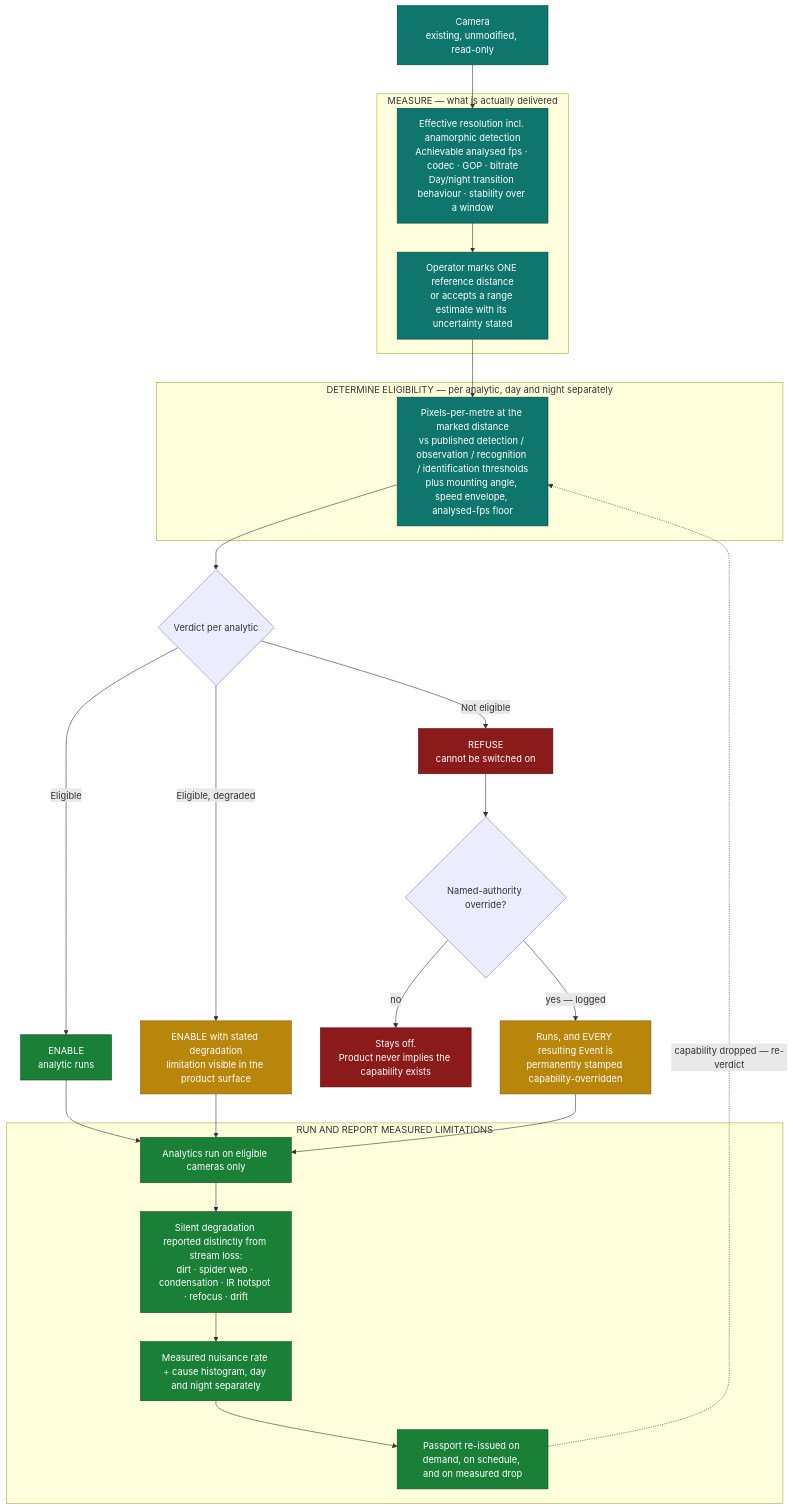
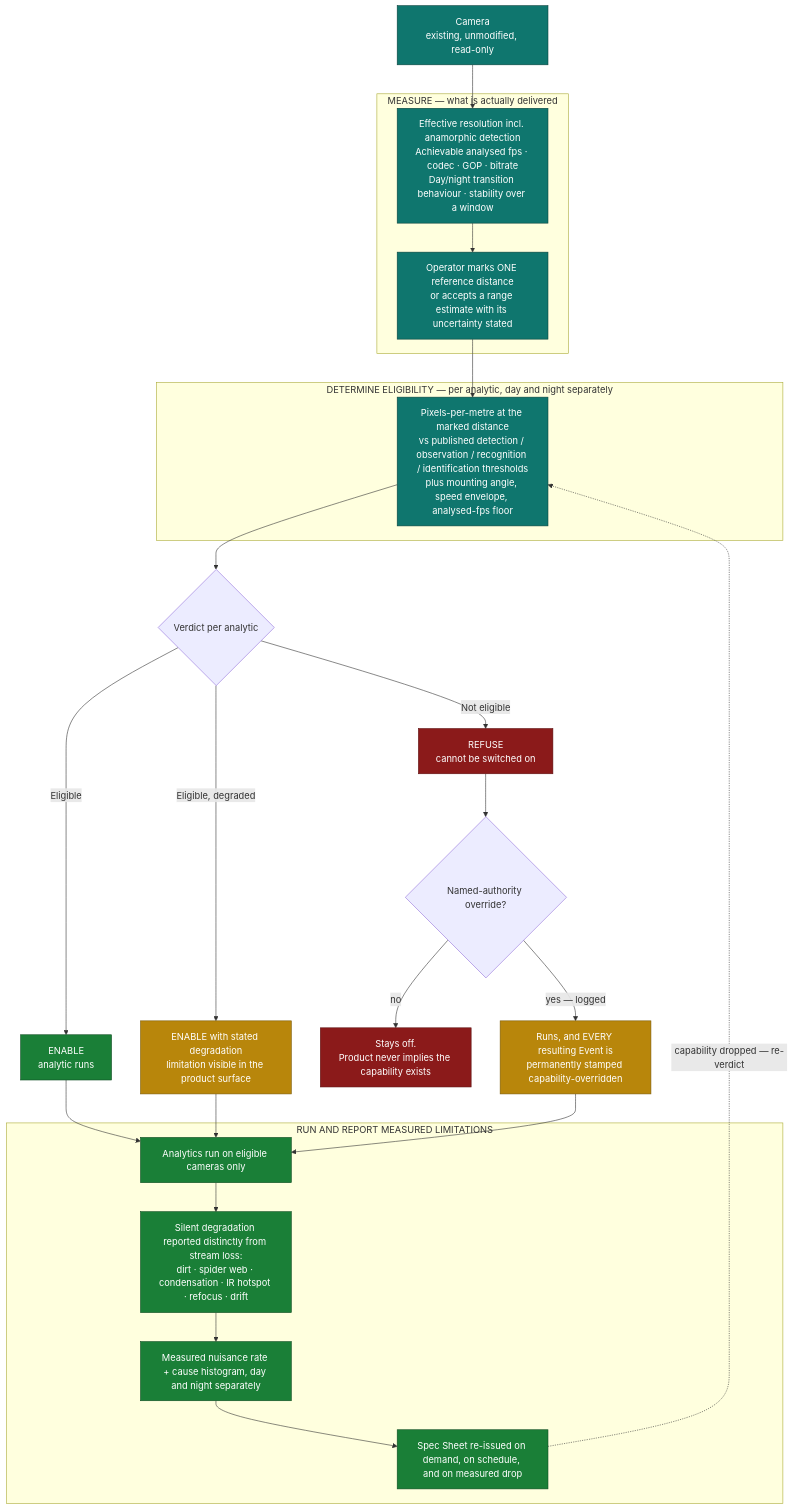
The sixth of 7 diagrams in docs/02-product/MVP.md (Sujatx/ibvap), drawn with Mermaid before and after one commit. The commit also changed other lines of this file and 9 other files, not shown here.

````diff
--- a/docs/02-product/MVP.md
+++ b/docs/02-product/MVP.md
@@ -1506,49 +1506,49 @@
 ```mermaid
 flowchart TD
     A["Camera<br/>existing, unmodified, read-only"] --> B
 
     subgraph M["MEASURE — what is actually delivered"]
         B["Effective resolution incl. anamorphic detection<br/>Achievable analysed fps · codec · GOP · bitrate<br/>Day/night transition behaviour · stability over a window"]
         B2["Operator marks ONE reference distance<br/>or accepts a range estimate with its uncertainty stated"]
         B --> B2
     end
 
     B2 --> C
 
     subgraph D["DETERMINE ELIGIBILITY — per analytic, day and night separately"]
         C["Pixels-per-metre at the marked distance<br/>vs published detection / observation / recognition / identification thresholds<br/>plus mounting angle, speed envelope, analysed-fps floor"]
     end
 
     C --> E{"Verdict per analytic"}
 
     E -->|"Eligible"| F["ENABLE<br/>analytic runs"]
     E -->|"Eligible, degraded"| G["ENABLE with stated degradation<br/>limitation visible in the product surface"]
     E -->|"Not eligible"| H["REFUSE<br/>cannot be switched on"]
 
     H --> H2{"Named-authority override?"}
     H2 -->|"no"| H3["Stays off.<br/>Product never implies the capability exists"]
     H2 -->|"yes — logged"| H4["Runs, and EVERY resulting Event is<br/>permanently stamped capability-overridden"]
 
     F --> I
     G --> I
     H4 --> I
 
     subgraph R["RUN AND REPORT MEASURED LIMITATIONS"]
         I["Analytics run on eligible cameras only"]
         I2["Silent degradation reported distinctly from stream loss:<br/>dirt · spider web · condensation · IR hotspot · refocus · drift"]
         I3["Measured nuisance rate + cause histogram, day and night separately"]
-        I4["Passport re-issued on demand, on schedule, and on measured drop"]
+        I4["Spec Sheet re-issued on demand, on schedule, and on measured drop"]
         I --> I2 --> I3 --> I4
     end
 
     I4 -.->|"capability dropped — re-verdict"| C
 
     classDef meas fill:#0f766e,stroke:#08403b,color:#ffffff
     classDef ok fill:#1a7f37,stroke:#0d4a20,color:#ffffff
     classDef degr fill:#b8860b,stroke:#7a5a07,color:#ffffff
     classDef ref fill:#8b1a1a,stroke:#5c0f0f,color:#ffffff
     class A,B,B2,C meas
     class F,I,I2,I3,I4 ok
     class G,H4 degr
     class H,H3 ref
 ```
````
